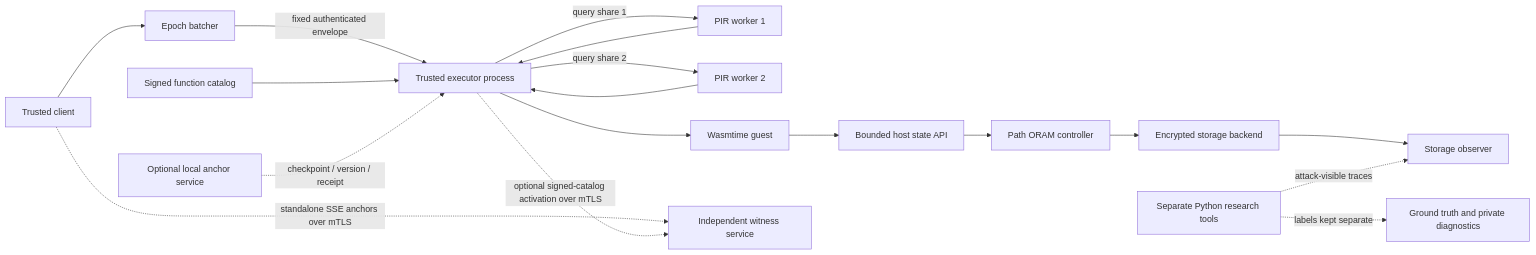
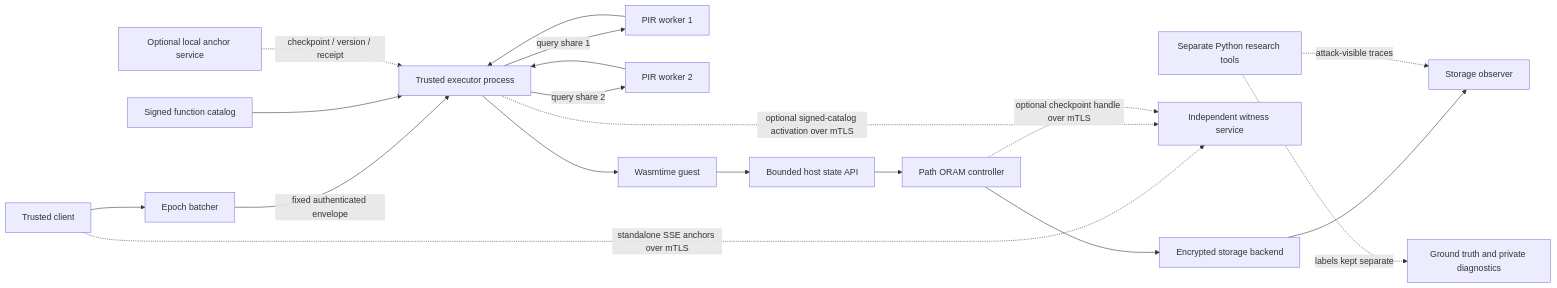
The diagram in ARCHITECTURE.md (dumbly-smart/Oblivion), drawn with Mermaid before and after one commit. The commit also changed other lines of this file and 12 other files, not shown here.

````diff
--- a/ARCHITECTURE.md
+++ b/ARCHITECTURE.md
@@ -7,20 +7,21 @@
 ```mermaid
 flowchart LR
   C[Trusted client] --> B[Epoch batcher]
   B -->|fixed authenticated envelope| X[Trusted executor process]
   X -->|query share 1| P1[PIR worker 1]
   X -->|query share 2| P2[PIR worker 2]
   P1 --> X
   P2 --> X
   X --> W[Wasmtime guest]
   W --> H[Bounded host state API]
   H --> O[Path ORAM controller]
   O --> S[Encrypted storage backend]
   S --> V[Storage observer]
   R[Signed function catalog] --> X
   A[Optional local anchor service] -. checkpoint / version / receipt .-> X
   C -. standalone SSE anchors over mTLS .-> WIT[Independent witness service]
   X -. optional signed-catalog activation over mTLS .-> WIT
+  O -. optional checkpoint handle over mTLS .-> WIT
   Q[Separate Python research tools] -. attack-visible traces .-> V
   Q -. labels kept separate .-> T[Ground truth and private diagnostics]
 ```
````
